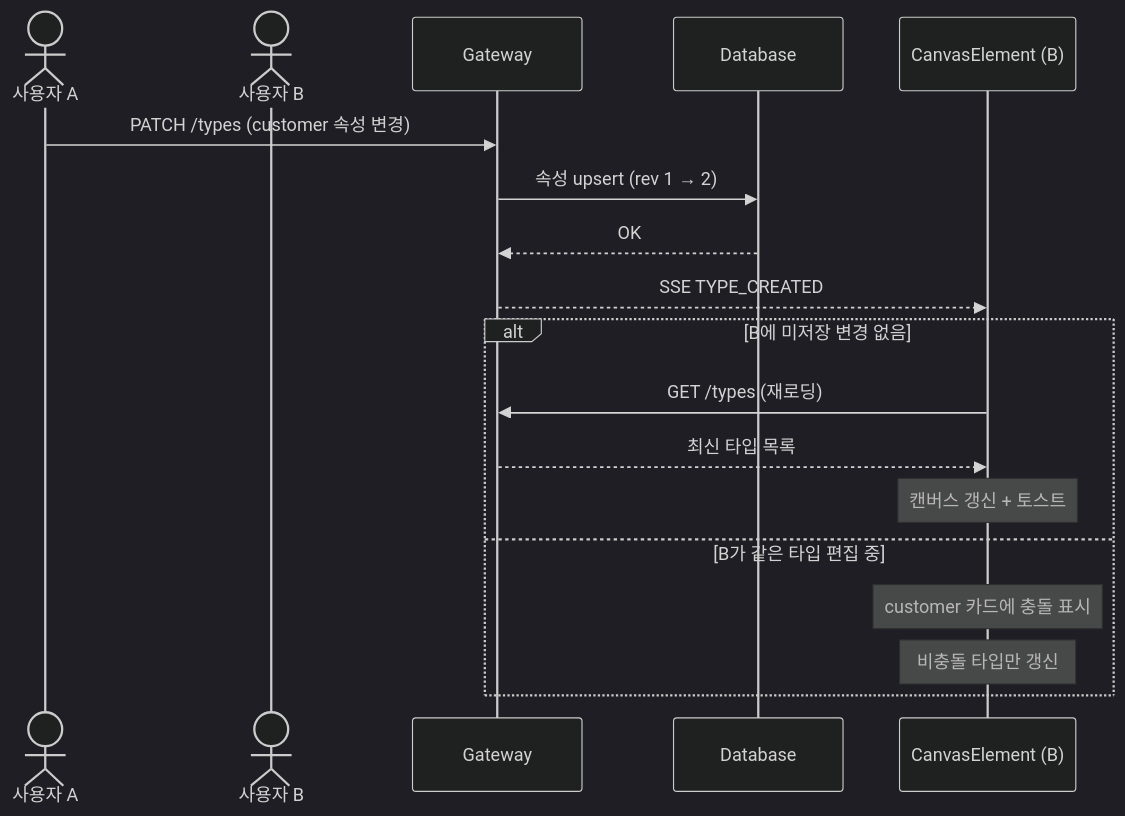
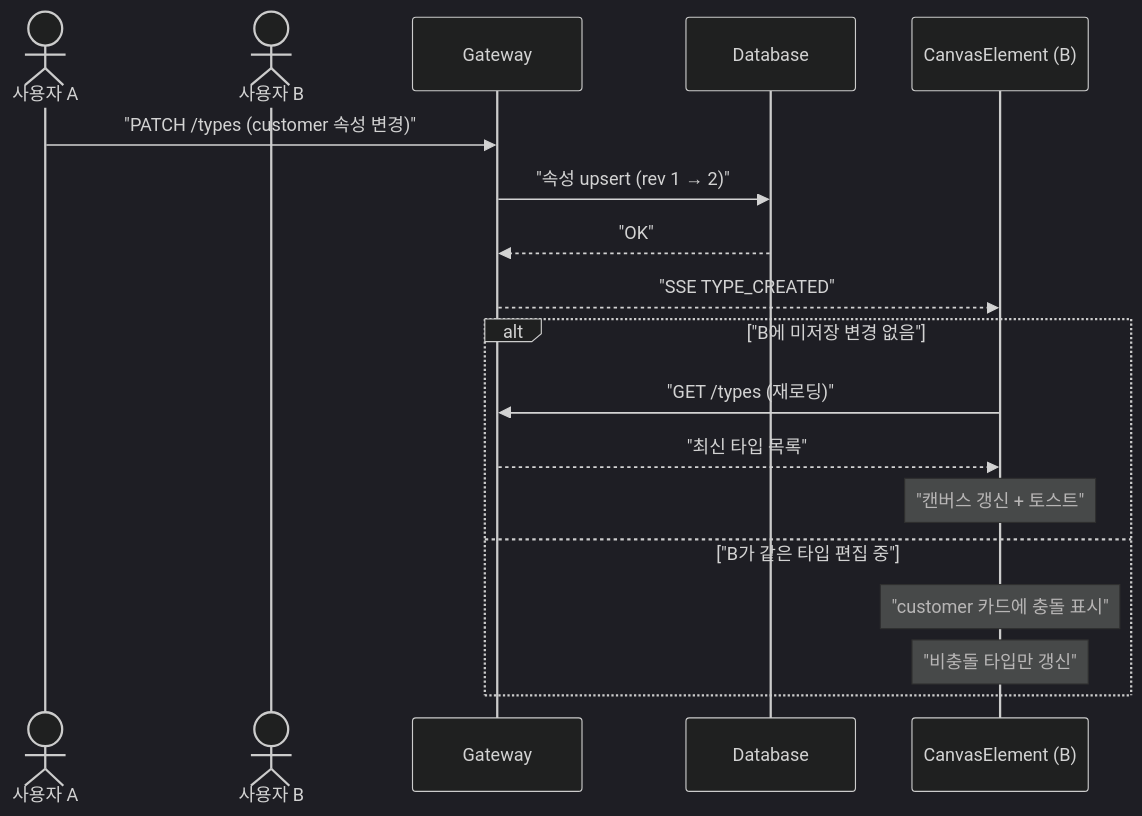
Before and after one commit to sayaya1090/handbook: the tenth of 13 diagrams in type-ui/USECASE.md, drawn with Mermaid (dark theme). The commit also changed other lines of this file and 22 other files, not shown here.

First line of the commit message:
docs: Mermaid 다이어그램 렌더링 오류 수정을 위한 구문 전수 교정

````diff
--- a/type-ui/USECASE.md
+++ b/type-ui/USECASE.md
@@ -431,22 +431,22 @@
 ```mermaid
 sequenceDiagram
     actor A as 사용자 A
     actor B as 사용자 B
     participant GW as Gateway
     participant DB as Database
     participant CanvasB as CanvasElement (B)
 
-    A->>GW: PATCH /types (customer 속성 변경)
-    GW->>DB: 속성 upsert (rev 1 → 2)
-    DB-->>GW: OK
-    GW-->>CanvasB: SSE TYPE_CREATED
+    A->>GW: "PATCH /types (customer 속성 변경)"
+    GW->>DB: "속성 upsert (rev 1 → 2)"
+    DB-->>GW: "OK"
+    GW-->>CanvasB: "SSE TYPE_CREATED"
 
-    alt B에 미저장 변경 없음
-        CanvasB->>GW: GET /types (재로딩)
-        GW-->>CanvasB: 최신 타입 목록
-        Note over CanvasB: 캔버스 갱신 + 토스트
-    else B가 같은 타입 편집 중
-        Note over CanvasB: customer 카드에 충돌 표시
-        Note over CanvasB: 비충돌 타입만 갱신
+    alt "B에 미저장 변경 없음"
+        CanvasB->>GW: "GET /types (재로딩)"
+        GW-->>CanvasB: "최신 타입 목록"
+        Note over CanvasB: "캔버스 갱신 + 토스트"
+    else "B가 같은 타입 편집 중"
+        Note over CanvasB: "customer 카드에 충돌 표시"
+        Note over CanvasB: "비충돌 타입만 갱신"
     end
 ```
````
